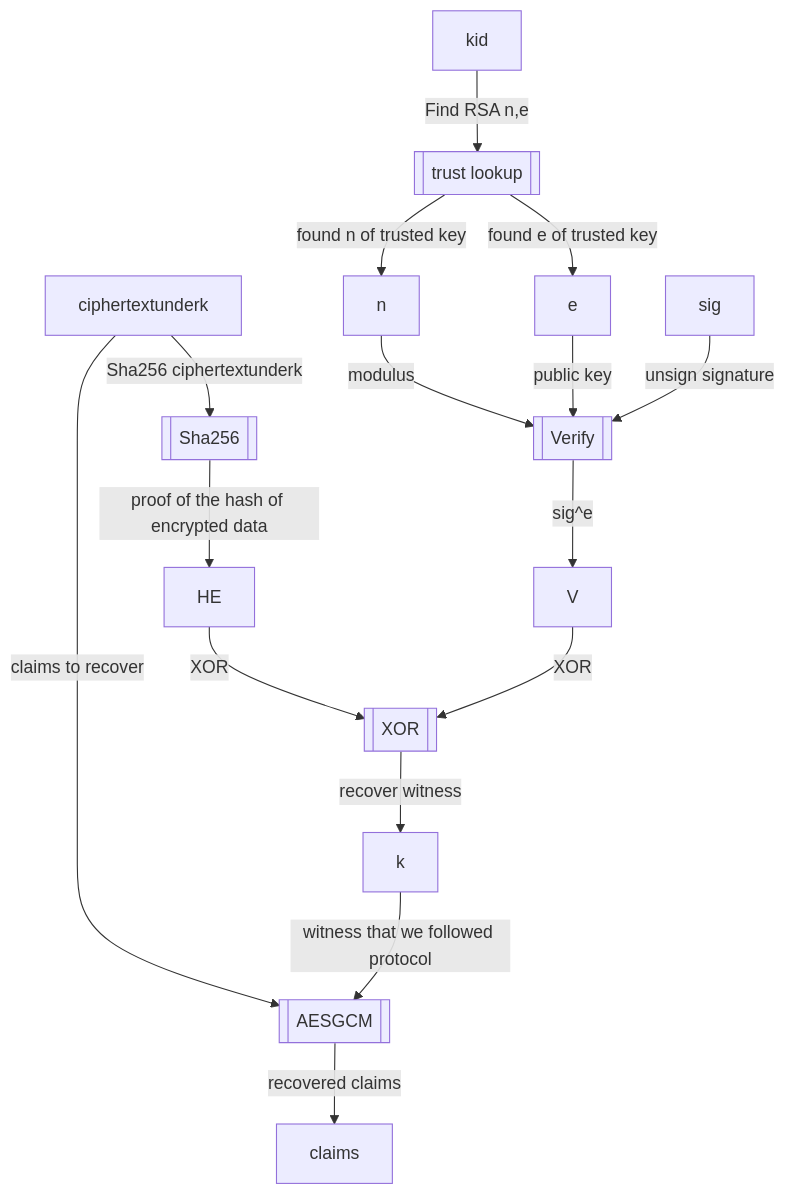
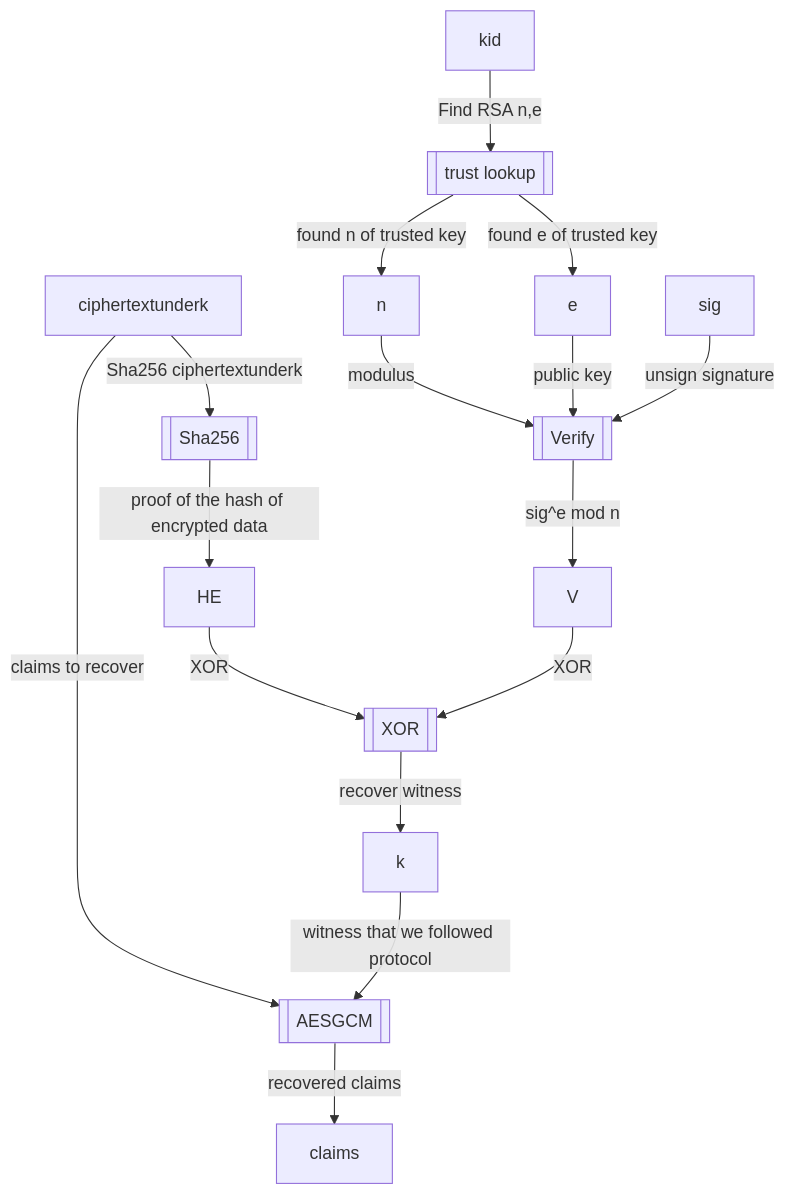
One commit to rfielding/whiskeyTango changed the fourth of 4 diagrams in README.md. Above: the diagram before and after it, drawn with Mermaid. The commit also changed other lines of this file, not shown here.

````diff
--- a/README.md
+++ b/README.md
@@ -214,23 +214,23 @@
 ```mermaid
 flowchart TB
   Sha256[[Sha256]]
   ciphertextunderk-- Sha256 ciphertextunderk -->Sha256
   Sha256-- proof of the hash of encrypted data -->HE
   Verify[[Verify]]
   n-- modulus -->Verify
   e-- public key -->Verify
   sig-- unsign signature -->Verify
   trustlookup[[trust lookup]]
   kid-- Find RSA n,e -->trustlookup
   trustlookup-- found e of trusted key -->e
   trustlookup-- found n of trusted key -->n
-  Verify-- sig^e -->V
+  Verify-- sig^e mod n -->V
   XOR[[XOR]]
   V-- XOR -->XOR
   HE-- XOR -->XOR
   XOR-- recover witness -->k
   AESGCM[[AESGCM]]
   ciphertextunderk-- claims to recover -->AESGCM  
   k-- witness that we followed protocol -->AESGCM  
   AESGCM-- recovered claims -->claims 
 ```
````
